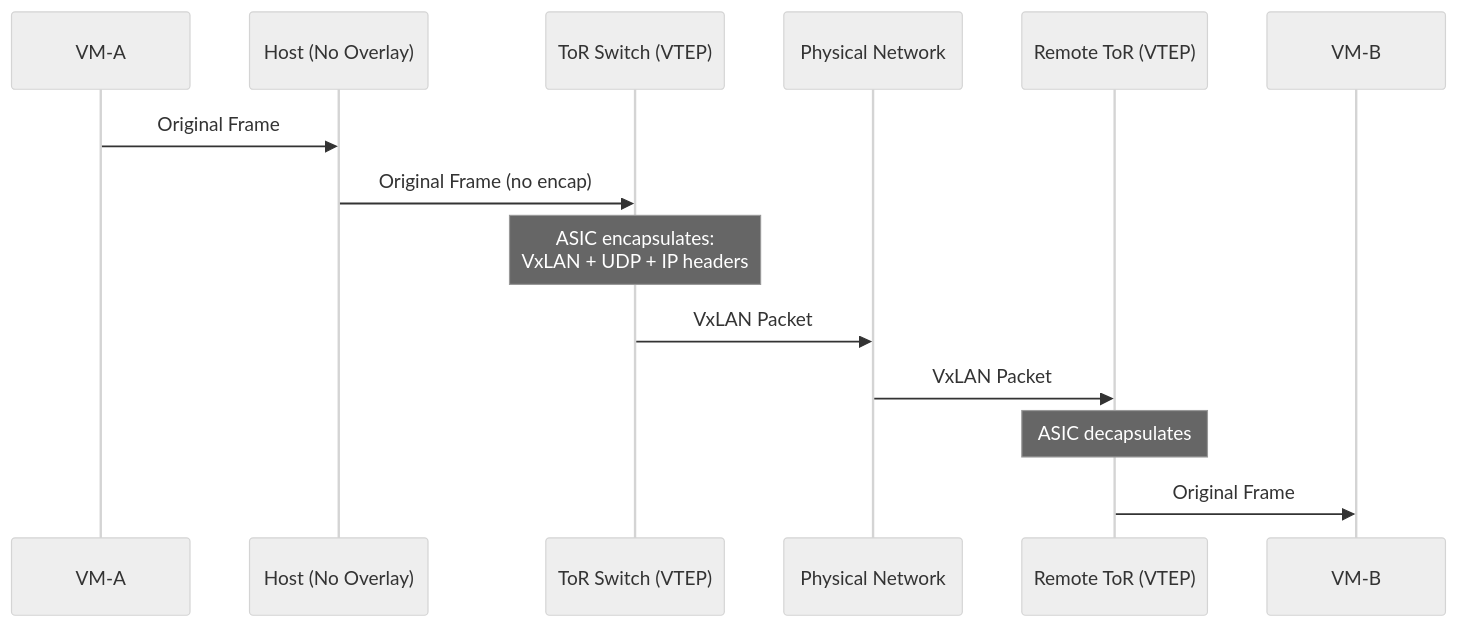
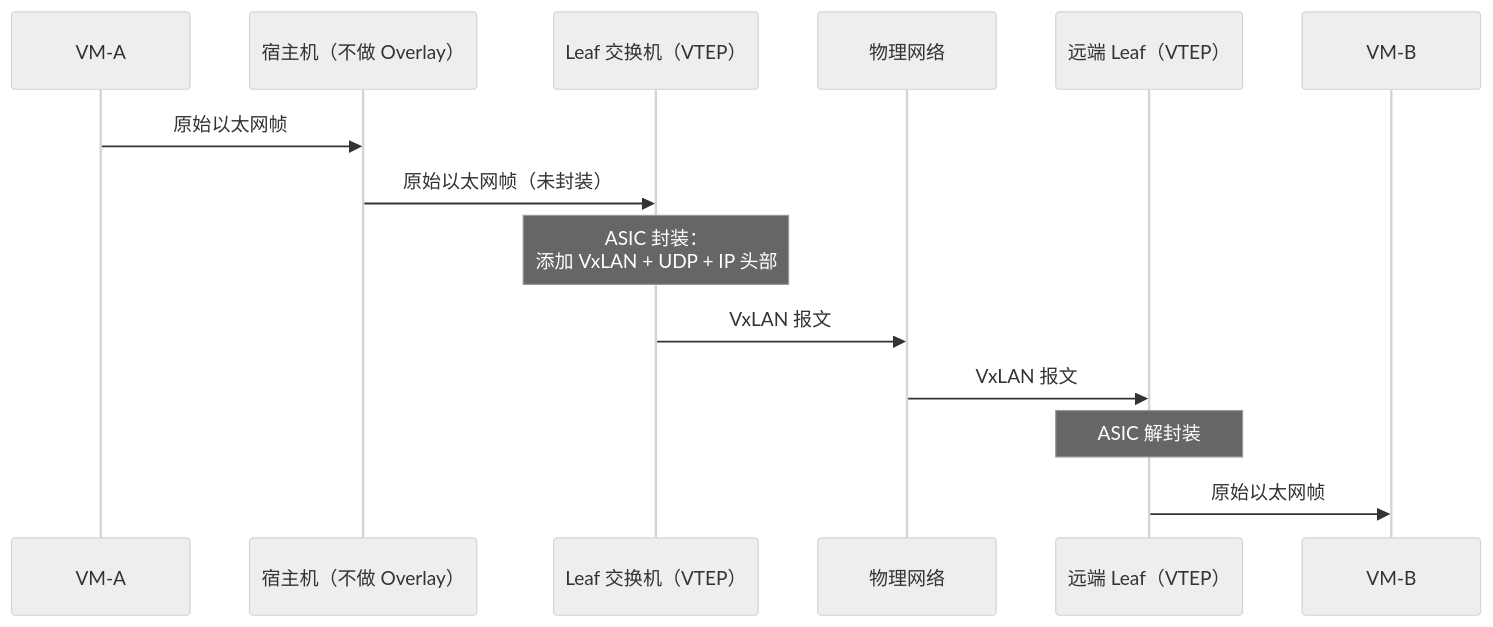
The first of 4 diagrams in docs/06.Tunnel在哪里终止VTEP的落点.md (caozhiyi/network-book), drawn with Mermaid (neutral theme) before and after one commit. The commit also changed other lines of this file and 77 other files, not shown here.

````diff
--- a/docs/06.Tunnel在哪里终止VTEP的落点.md
+++ b/docs/06.Tunnel在哪里终止VTEP的落点.md
@@ -50,17 +50,17 @@
 ```mermaid
 sequenceDiagram
     participant VM as VM-A
-    participant Host as Host (No Overlay)
-    participant ToR as ToR Switch (VTEP)
-    participant Net as Physical Network
-    participant ToR2 as Remote ToR (VTEP)
+    participant Host as 宿主机（不做 Overlay）
+    participant Leaf as Leaf 交换机（VTEP）
+    participant Net as 物理网络
+    participant Leaf2 as 远端 Leaf（VTEP）
     participant VM2 as VM-B
 
-    VM->>Host: Original Frame
-    Host->>ToR: Original Frame (no encap)
-    Note over ToR: ASIC encapsulates:<br/>VxLAN + UDP + IP headers
-    ToR->>Net: VxLAN Packet
-    Net->>ToR2: VxLAN Packet
-    Note over ToR2: ASIC decapsulates
-    ToR2->>VM2: Original Frame
+    VM->>Host: 原始以太网帧
+    Host->>Leaf: 原始以太网帧（未封装）
+    Note over Leaf: ASIC 封装：<br/>添加 VxLAN + UDP + IP 头部
+    Leaf->>Net: VxLAN 报文
+    Net->>Leaf2: VxLAN 报文
+    Note over Leaf2: ASIC 解封装
+    Leaf2->>VM2: 原始以太网帧
 ```
````
